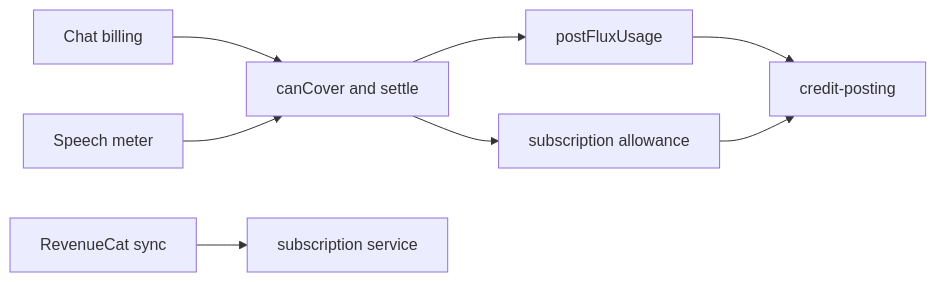
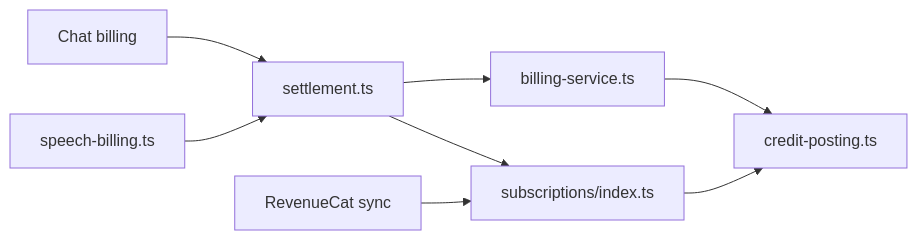
Before and after one commit to moeru-ai/airi: the first of 2 diagrams in server/docs/ai/adr/2026-10-04-subscription-credits.md, drawn with Mermaid. The commit also changed other lines of this file and 15 other files, not shown here.

````diff
--- a/server/docs/ai/adr/2026-10-04-subscription-credits.md
+++ b/server/docs/ai/adr/2026-10-04-subscription-credits.md
@@ -43,10 +43,10 @@
 ```mermaid
 flowchart LR
-  Chat[Chat billing] --> Settle["canCover and settle"]
-  Speech[Speech meter] --> Settle
-  Settle --> Plan[subscription allowance]
-  Settle --> Wallet[postFluxUsage]
-  Wallet --> Credits[credit-posting]
-  Plan --> Credits
-  Webhook[RevenueCat sync] --> Subs[subscription service]
+  Chat[Chat billing] --> Settle["settlement.ts"]
+  Speech[speech-billing.ts] --> Settle
+  Settle --> Subs["subscriptions/index.ts"]
+  Settle --> Billing[billing-service.ts]
+  Billing --> Credits[credit-posting.ts]
+  Subs --> Credits
+  Webhook[RevenueCat sync] --> Subs
 ```
````
